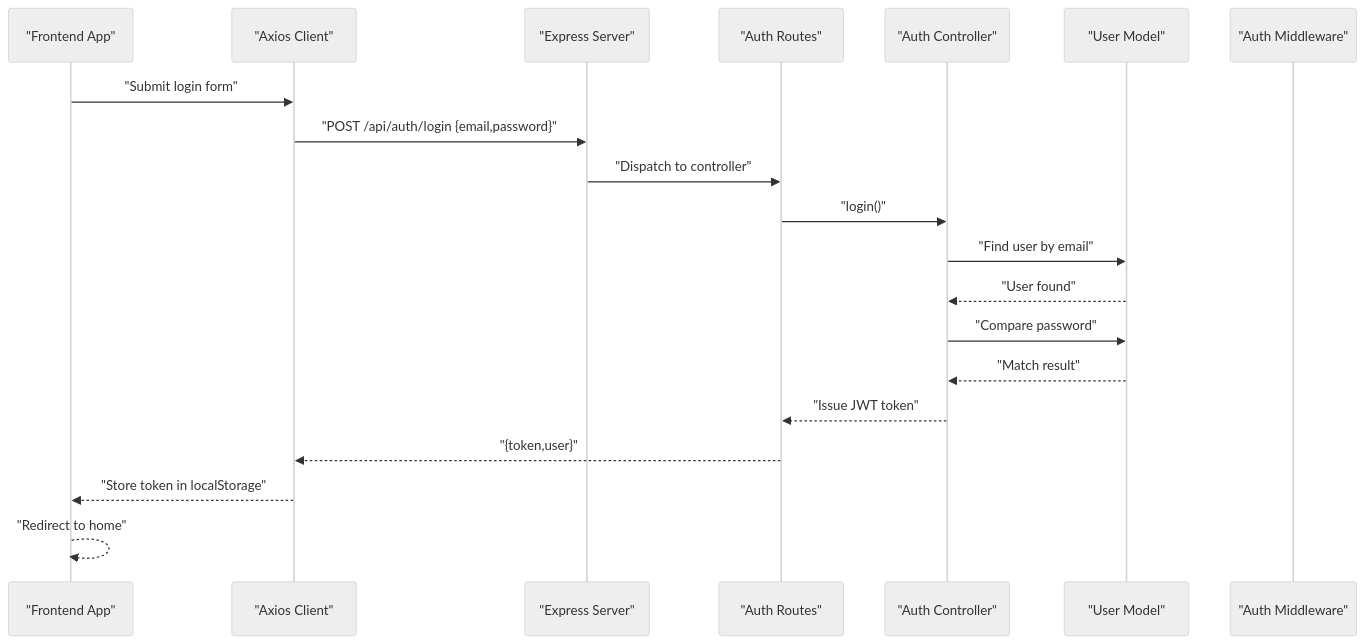
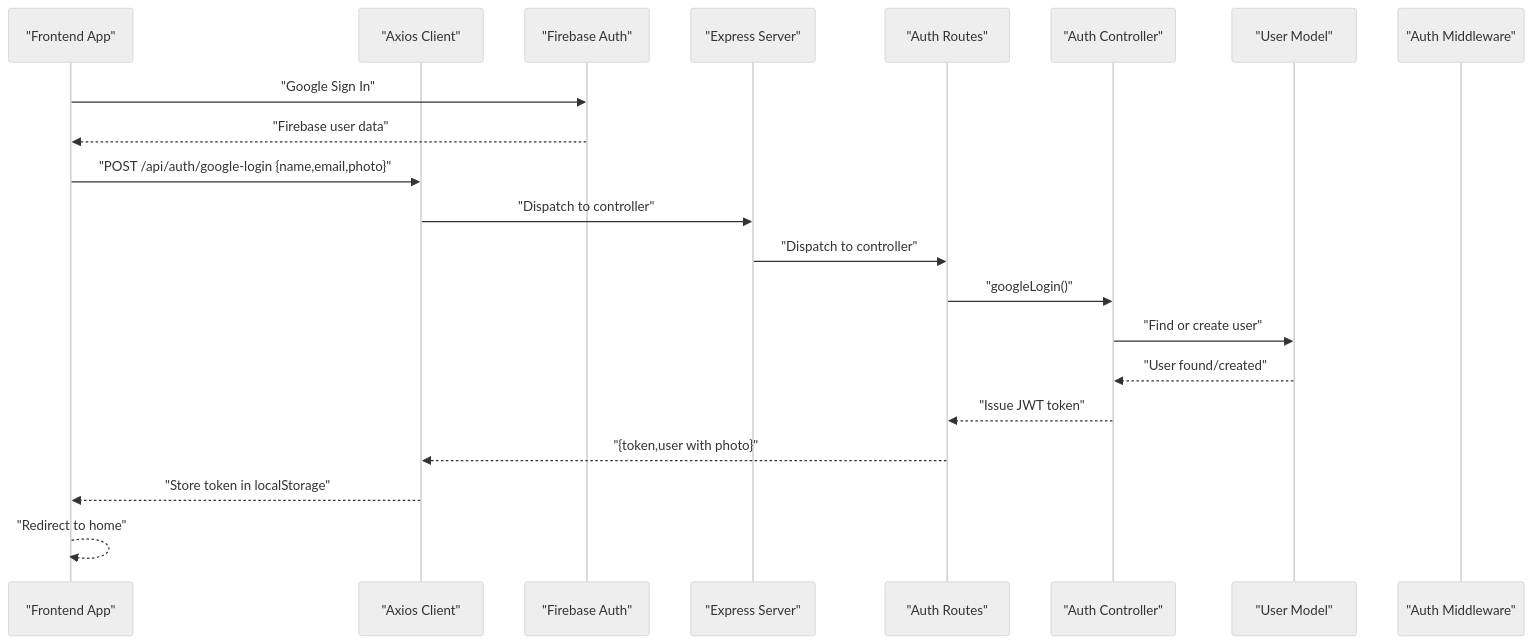
One commit to Pavan-PSPK9032/TrendsandToss changed the second of 7 diagrams in .qoder/repowiki/en/content/Authentication & Authorization/Authentication & Authorization.md. Above: the diagram before and after it, drawn with Mermaid (neutral theme). The commit also changed other lines of this file and 5 other files, not shown here.

````diff
--- a/.qoder/repowiki/en/content/Authentication & Authorization/Authentication & Authorization.md
+++ b/.qoder/repowiki/en/content/Authentication & Authorization/Authentication & Authorization.md
@@ -131,22 +156,23 @@
 ```mermaid
 sequenceDiagram
 participant FE as "Frontend App"
 participant AX as "Axios Client"
+participant FB as "Firebase Auth"
 participant BE as "Express Server"
 participant AR as "Auth Routes"
 participant AC as "Auth Controller"
 participant UM as "User Model"
 participant AMW as "Auth Middleware"
-FE->>AX : "Submit login form"
-AX->>BE : "POST /api/auth/login {email,password}"
+FE->>FB : "Google Sign In"
+FB-->>FE : "Firebase user data"
+FE->>AX : "POST /api/auth/google-login {name,email,photo}"
+AX->>BE : "Dispatch to controller"
 BE->>AR : "Dispatch to controller"
-AR->>AC : "login()"
-AC->>UM : "Find user by email"
-UM-->>AC : "User found"
-AC->>UM : "Compare password"
-UM-->>AC : "Match result"
+AR->>AC : "googleLogin()"
+AC->>UM : "Find or create user"
+UM-->>AC : "User found/created"
 AC-->>AR : "Issue JWT token"
-AR-->>AX : "{token,user}"
+AR-->>AX : "{token,user with photo}"
 AX-->>FE : "Store token in localStorage"
 FE-->>FE : "Redirect to home"
 ```
````
